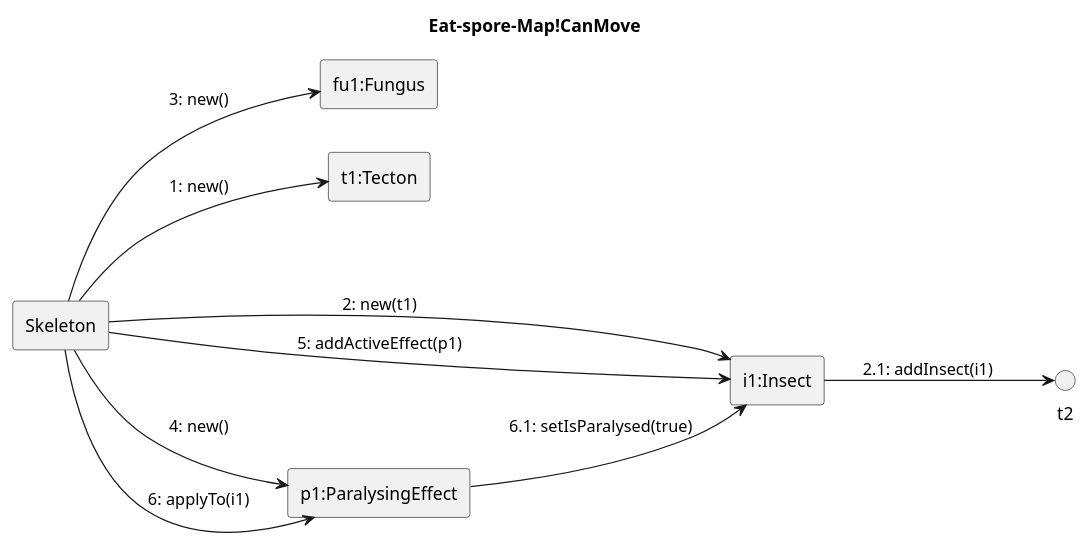
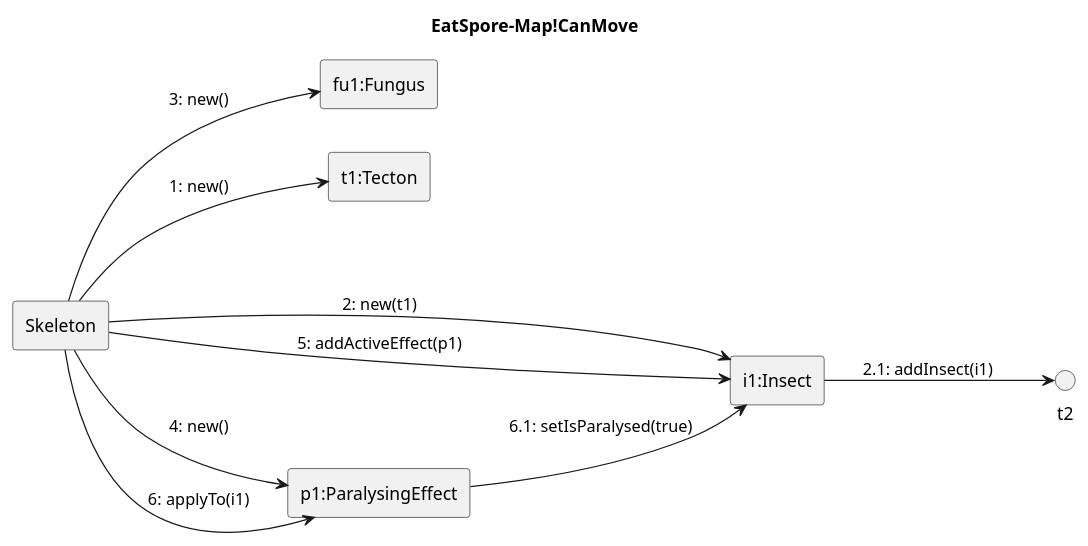
Before and after one commit to ZD4ve/projlab-error521: the diagram in Skeleton/Eat-spore/map-!canMove.pu, drawn with PlantUML. The commit also changed 4 other files, not shown here.

```diff
--- a/Skeleton/Eat-spore/map-!canMove.pu
+++ b/Skeleton/Eat-spore/map-!canMove.pu
@@ -1,24 +1,24 @@
 @startuml Eat-spore/map-!canMove
 left to right direction
-title Eat-spore-Map!CanMove
+title EatSpore-Map!CanMove
 
 rectangle Skeleton as S 
 
 rectangle "fu1:Fungus" as fu1
 rectangle "t1:Tecton" as t1
 rectangle "i1:Insect" as i1
 rectangle "p1:ParalysingEffect" as p1
 
 S --> t1: 1: new()
 
 S --> i1 : 2: new(t1)
 i1 --> t2 : 2.1: addInsect(i1)
 
 S --> fu1: 3: new()
 
 S --> p1 : 4: new()
 S --> i1 : 5: addActiveEffect(p1)
 S --> p1 : 6: applyTo(i1)
 p1 --> i1 : 6.1: setIsParalysed(true)
 
 @enduml
```
